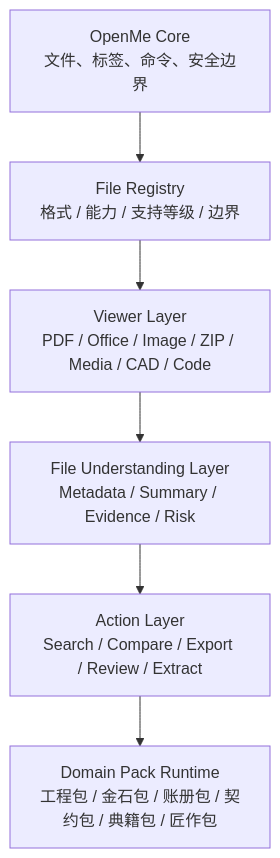
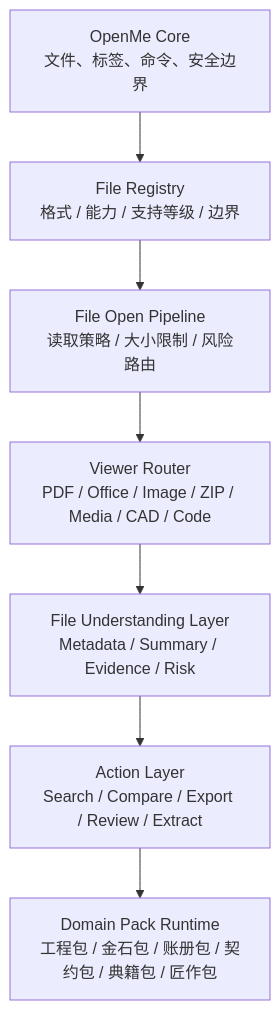
One commit to wuxi304-collab/openme changed the diagram in README.md. Above: the diagram before and after it, drawn with Mermaid. The commit also changed other lines of this file, not shown here.

````diff
--- a/README.md
+++ b/README.md
@@ -184,8 +194,9 @@
 ```mermaid
 graph TD
   A[OpenMe Core<br/>文件、标签、命令、安全边界] --> R[File Registry<br/>格式 / 能力 / 支持等级 / 边界]
-  R --> B[Viewer Layer<br/>PDF / Office / Image / ZIP / Media / CAD / Code]
+  R --> P[File Open Pipeline<br/>读取策略 / 大小限制 / 风险路由]
+  P --> B[Viewer Router<br/>PDF / Office / Image / ZIP / Media / CAD / Code]
   B --> C[File Understanding Layer<br/>Metadata / Summary / Evidence / Risk]
   C --> D[Action Layer<br/>Search / Compare / Export / Review / Extract]
   D --> E[Domain Pack Runtime<br/>工程包 / 金石包 / 账册包 / 契约包 / 典籍包 / 匠作包]
 ```
````
